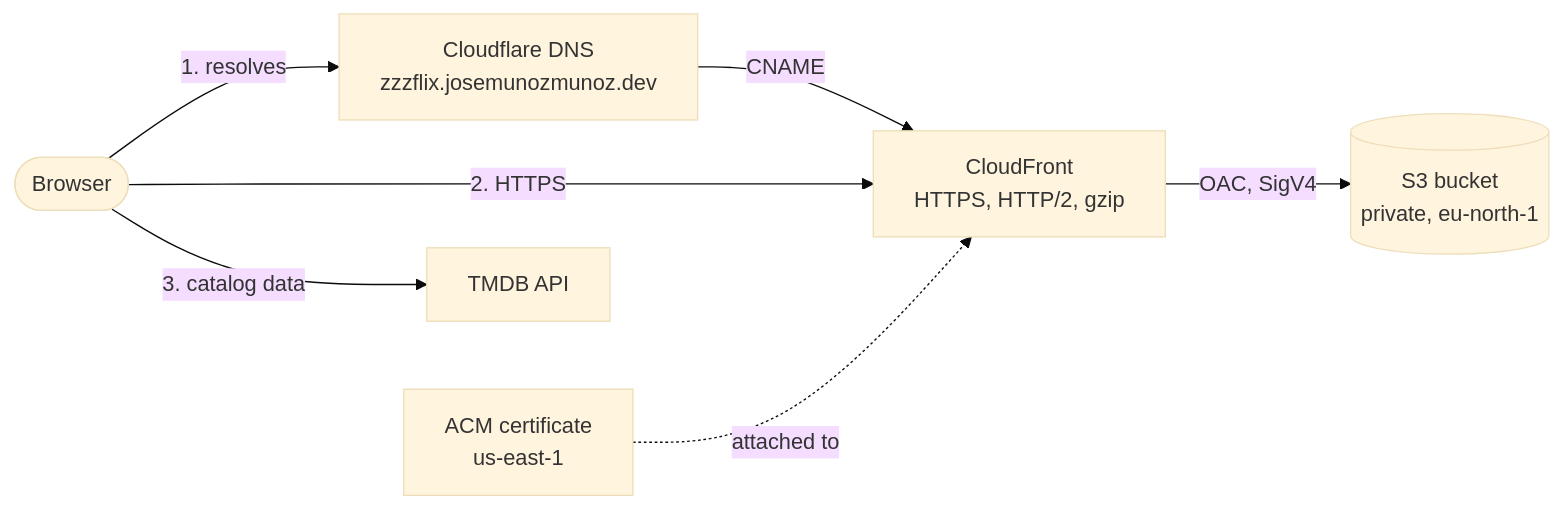
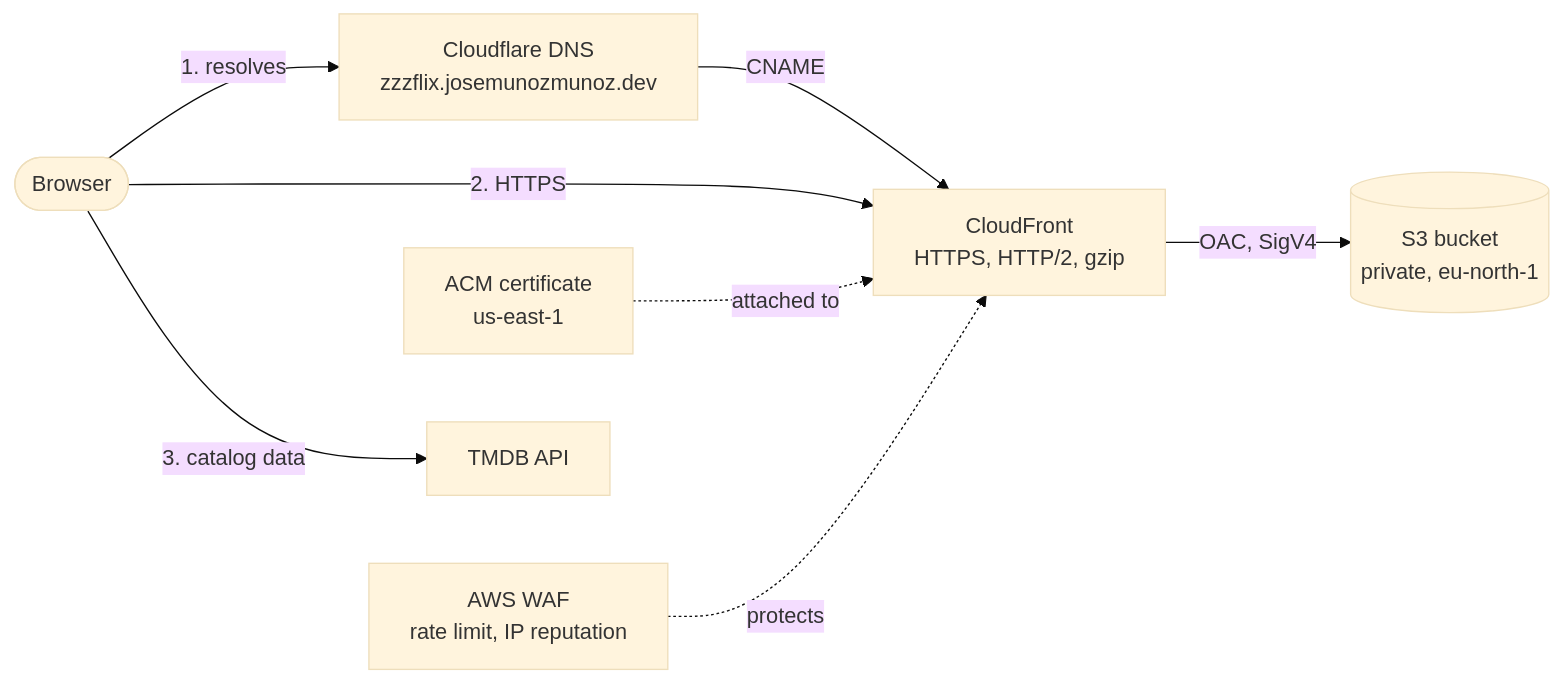
Before and after one commit to jose200112/zzzflix: the diagram in README.md, drawn with Mermaid (base theme). The commit also changed other lines of this file and 2 other files, not shown here.

Commit message:
feat: enable CloudFront Free plan, PriceClass_All and lighter WAF rules; update README

````diff
--- a/README.md
+++ b/README.md
@@ -31,16 +33,18 @@
 ```mermaid
 flowchart LR
   U([Browser])
   DNS[Cloudflare DNS<br/>zzzflix.josemunozmunoz.dev]
   CF[CloudFront<br/>HTTPS, HTTP/2, gzip]
+  WAF[AWS WAF<br/>rate limit, IP reputation]
   S3[(S3 bucket<br/>private, eu-north-1)]
   ACM[ACM certificate<br/>us-east-1]
   TMDB[TMDB API]
 
   U -->|1. resolves| DNS
   DNS -->|CNAME| CF
   U -->|2. HTTPS| CF
   CF -->|OAC, SigV4| S3
   ACM -.->|attached to| CF
+  WAF -.->|protects| CF
   U -->|3. catalog data| TMDB
 ```
````
